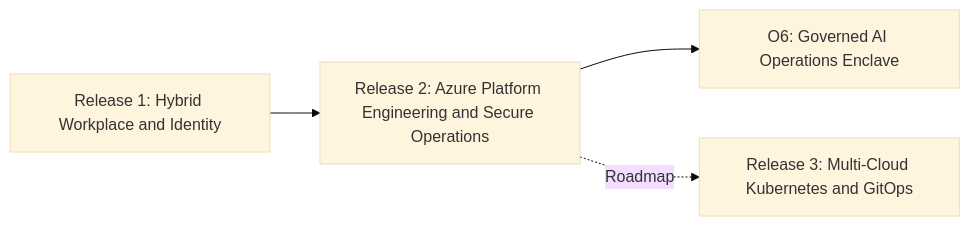
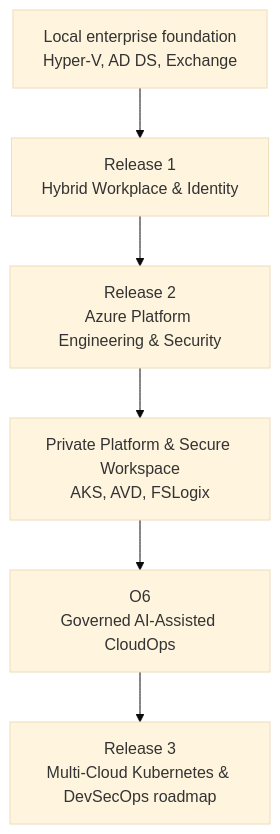
One commit to jrikobd-azaws/azawslab-enterprise-hybrid-security changed the diagram in site/index.md. Above: the diagram before and after it, drawn with Mermaid (base theme). The commit also changed other lines of this file and 5 other files, not shown here.

````diff
--- a/site/index.md
+++ b/site/index.md
@@ -16,6 +63,8 @@
 ```mermaid
-graph LR
-    A[Release 1: Hybrid Workplace and Identity] --> B[Release 2: Azure Platform Engineering and Secure Operations]
-    B --> C[O6: Governed AI Operations Enclave]
-    B -. Roadmap .-> D[Release 3: Multi-Cloud Kubernetes and GitOps]
+graph TD
+    A["Local enterprise foundation<br>Hyper-V, AD DS, Exchange"] --> B["Release 1<br>Hybrid Workplace & Identity"]
+    B --> C["Release 2<br>Azure Platform Engineering & Security"]
+    C --> D["Private Platform & Secure Workspace<br>AKS, AVD, FSLogix"]
+    D --> E["O6<br>Governed AI-Assisted CloudOps"]
+    E --> F["Release 3<br>Multi-Cloud Kubernetes & DevSecOps roadmap"]
 ```
````
